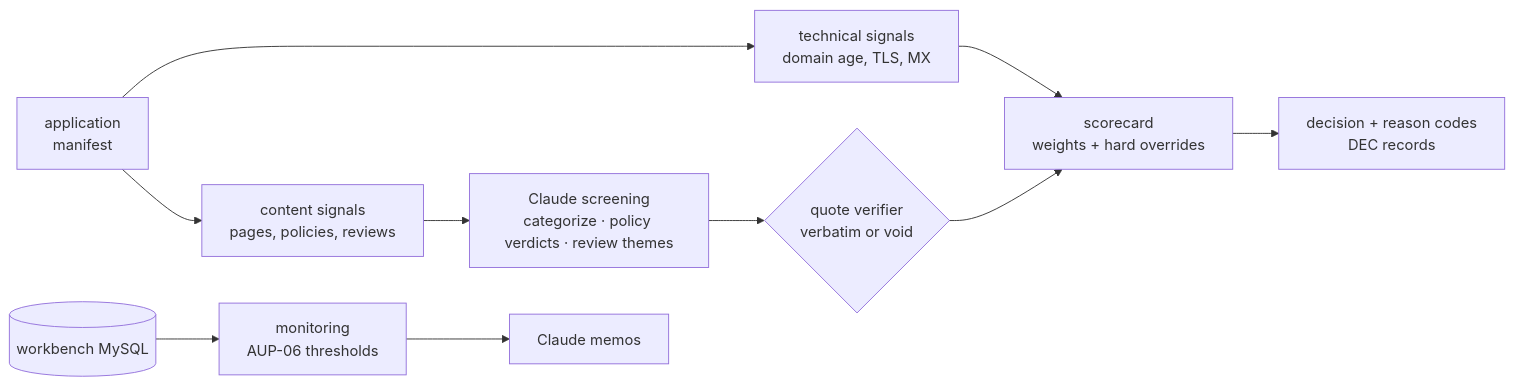
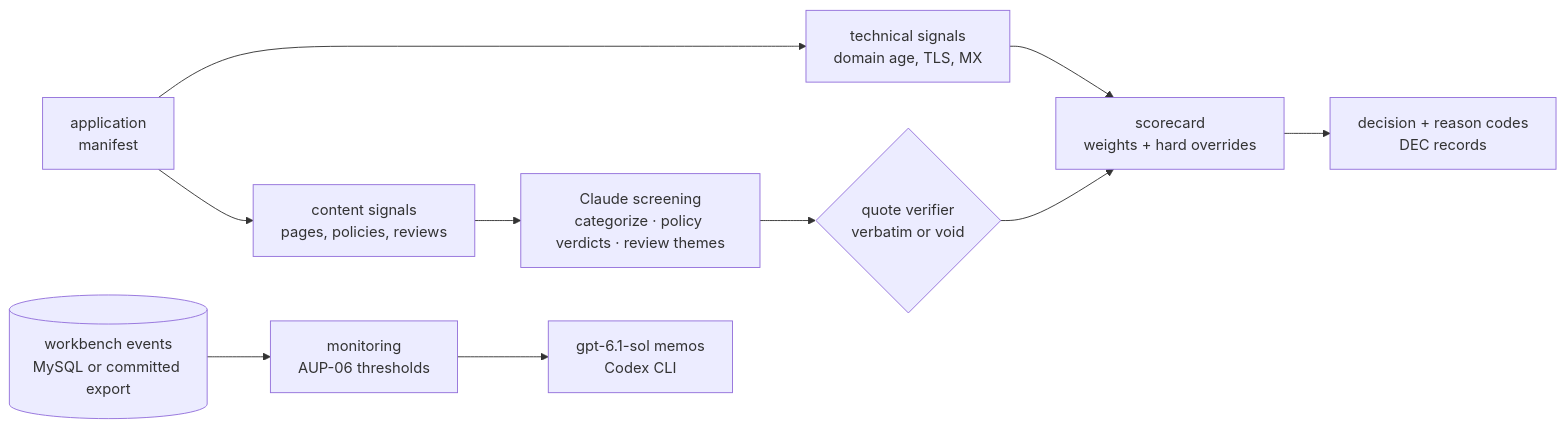
The diagram in README.md (nacapule/merchant-risk-screener), drawn with Mermaid before and after one commit. The commit also changed other lines of this file and 2 other files, not shown here.

First line of the commit message:
README and reports: monitoring on the workbench event world

````diff
--- a/README.md
+++ b/README.md
@@ -19,11 +25,11 @@
 ```mermaid
 graph LR
     A[application<br/>manifest] --> T[technical signals<br/>domain age, TLS, MX]
     A --> C[content signals<br/>pages, policies, reviews]
     C --> L[Claude screening<br/>categorize · policy verdicts · review themes]
     L --> V{quote verifier<br/>verbatim or void}
     T --> S[scorecard<br/>weights + hard overrides]
     V --> S
     S --> D[decision + reason codes<br/>DEC records]
-    M[(workbench MySQL)] --> W[monitoring<br/>AUP-06 thresholds] --> MM[Claude memos]
+    M[("workbench events<br/>MySQL or committed export")] --> W[monitoring<br/>AUP-06 thresholds] --> MM[gpt-6.1-sol memos<br/>Codex CLI]
 ```
````
